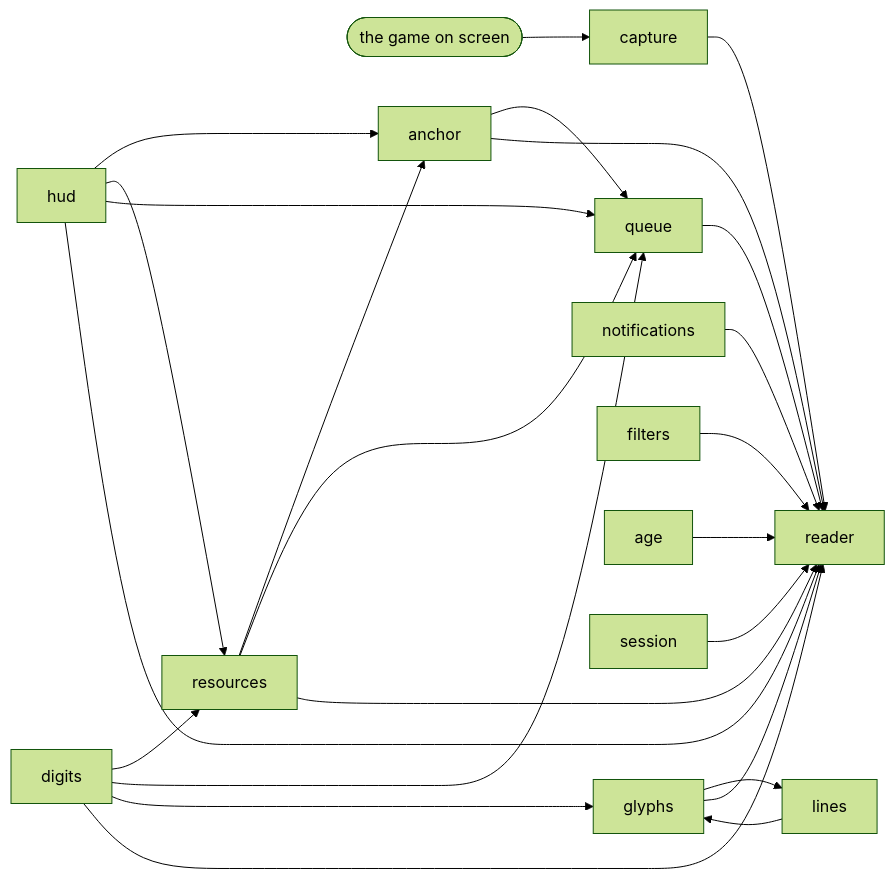
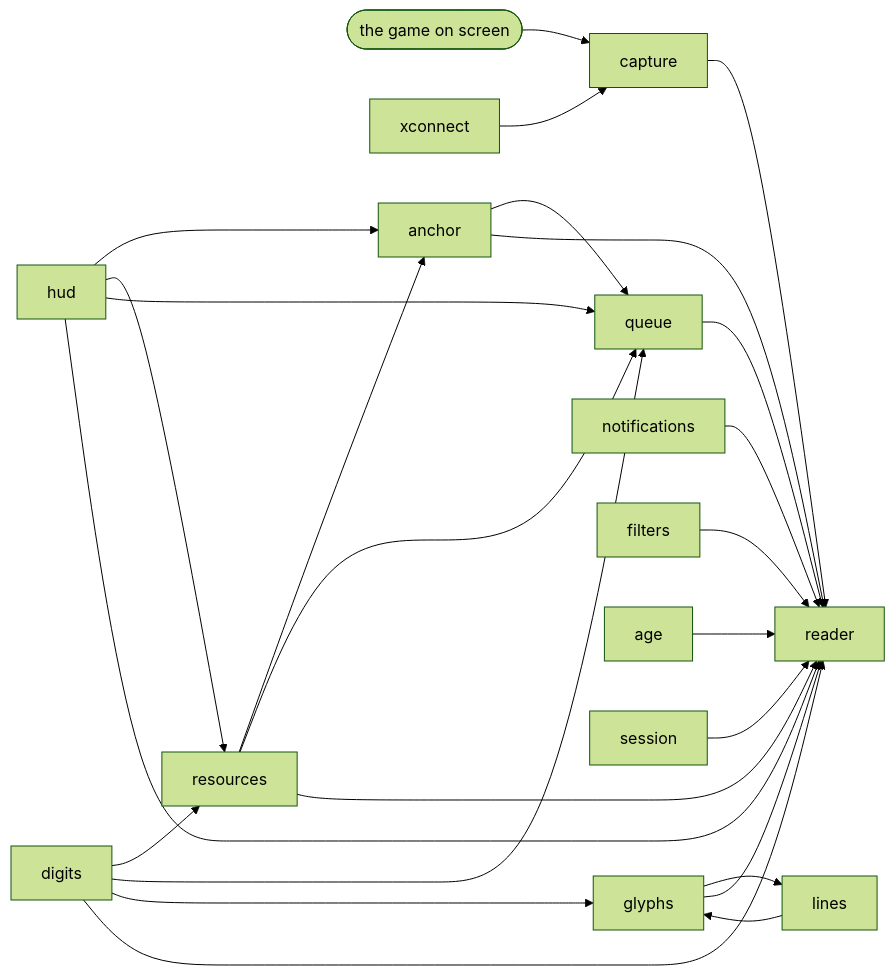
The first of 5 diagrams in docs/architecture.md (gwaihirf22/loom_AOE), drawn with Mermaid (forest theme) before and after one commit. The commit also changed other lines of this file and 296 other files, not shown here.

````diff
--- a/docs/architecture.md
+++ b/docs/architecture.md
@@ -23,26 +23,27 @@
 ```mermaid
 flowchart LR
     game([the game on screen]) --> capture
+    xconnect --> capture
     hud --> anchor
     resources --> anchor
     digits --> resources
     hud --> resources
     anchor --> queue
     digits --> queue
     hud --> queue
     resources --> queue
     digits --> glyphs
     glyphs --> lines
     lines --> glyphs
     capture --> reader
     anchor --> reader
     digits --> reader
     hud --> reader
     resources --> reader
     glyphs --> reader
     notifications --> reader
     queue --> reader
     filters --> reader
     age --> reader
     session --> reader
 ```
````
